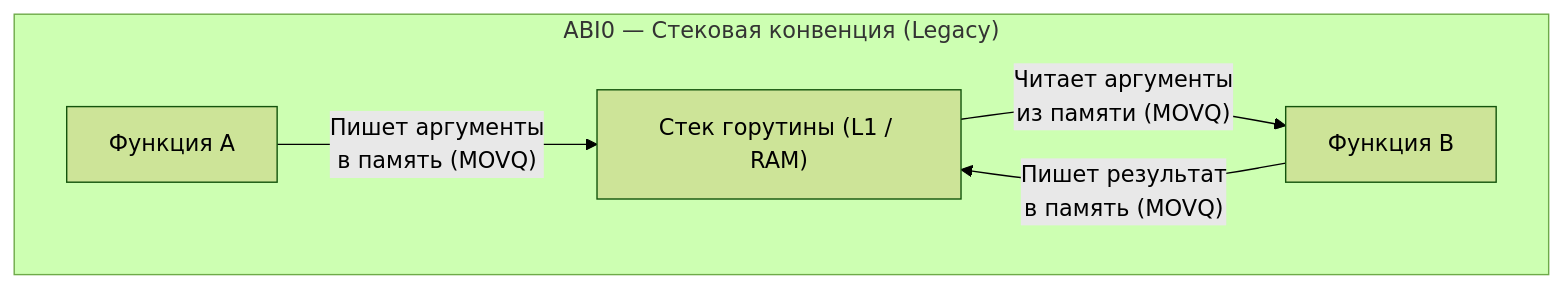
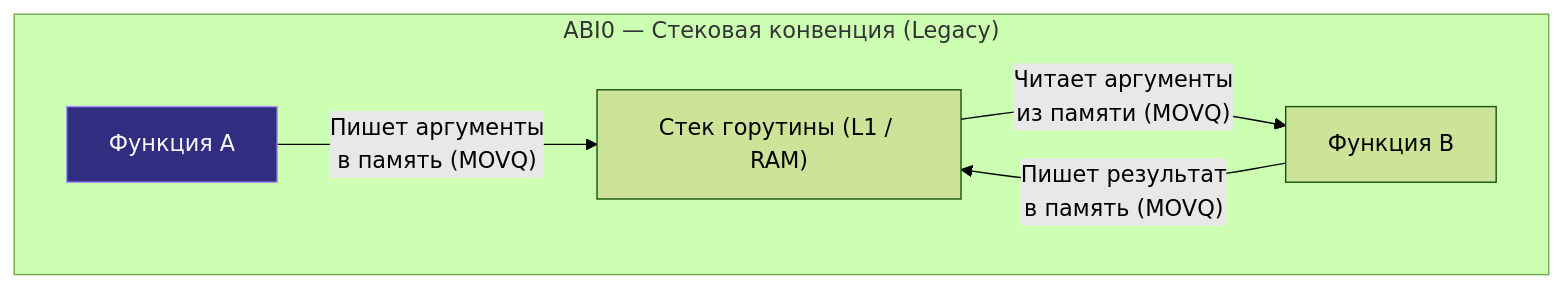
Before and after one commit to UnrealTemplier/go-textbook: the first of 3 diagrams in sources/7. Глубокий Go (Внутреннее устройство)/6. ABIInternal и ABI0. Как Go вызывает функции.md, drawn with Mermaid (forest theme). The commit also changed other lines of this file and 1666 other files, not shown here.

First line of the commit message:
feat(mermaid): add semantic color classDef to 1369 colorless flowchart/graph diagrams

````diff
--- a/sources/7. Глубокий Go (Внутреннее устройство)/6. ABIInternal и ABI0. Как Go вызывает функции.md
+++ b/sources/7. Глубокий Go (Внутреннее устройство)/6. ABIInternal и ABI0. Как Go вызывает функции.md
@@ -35,8 +35,18 @@
 ```mermaid
 flowchart TD
+    classDef process  fill:#1e293b,stroke:#38bdf8,stroke-width:1px,color:#f8fafc
+    classDef success  fill:#064e3b,stroke:#34d399,stroke-width:1px,color:#f8fafc
+    classDef error    fill:#7f1d1d,stroke:#f87171,stroke-width:1px,color:#f8fafc
+    classDef warning  fill:#78350f,stroke:#fbbf24,stroke-width:1px,color:#f8fafc
+    classDef entry    fill:#1e3a5f,stroke:#38bdf8,stroke-width:2px,color:#f8fafc
+    classDef aux      fill:#334155,stroke:#64748b,stroke-width:1px,color:#f8fafc
+    classDef system   fill:#312e81,stroke:#a78bfa,stroke-width:1px,color:#f8fafc
+    classDef data     fill:#132d29,stroke:#2dd4bf,stroke-width:1px,color:#f8fafc
+    classDef network  fill:#881337,stroke:#fb7185,stroke-width:1px,color:#f8fafc
+    classDef accent   fill:#1e1b4b,stroke:#818cf8,stroke-width:1px,color:#f8fafc
     subgraph ABI_ZERO ["ABI0 — Стековая конвенция (Legacy)"]
-        CALLER0["Функция A"] -->|"Пишет аргументы<br>в память (MOVQ)"| STACK["Стек горутины (L1 / RAM)"]
+        CALLER0["Функция A"]:::system -->|"Пишет аргументы<br>в память (MOVQ)"| STACK["Стек горутины (L1 / RAM)"]
         STACK -->|"Читает аргументы<br>из памяти (MOVQ)"| CALLEE0["Функция B"]
         CALLEE0 -->|"Пишет результат<br>в память (MOVQ)"| STACK
     end
 ```
````
